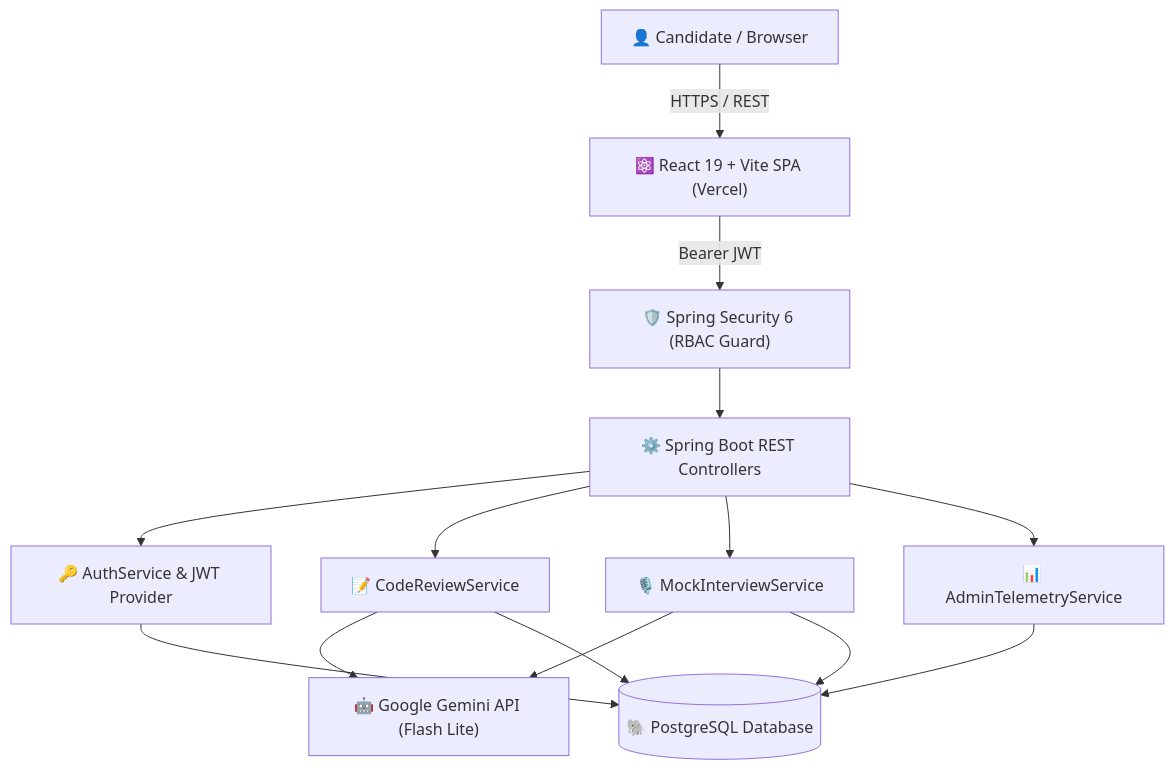
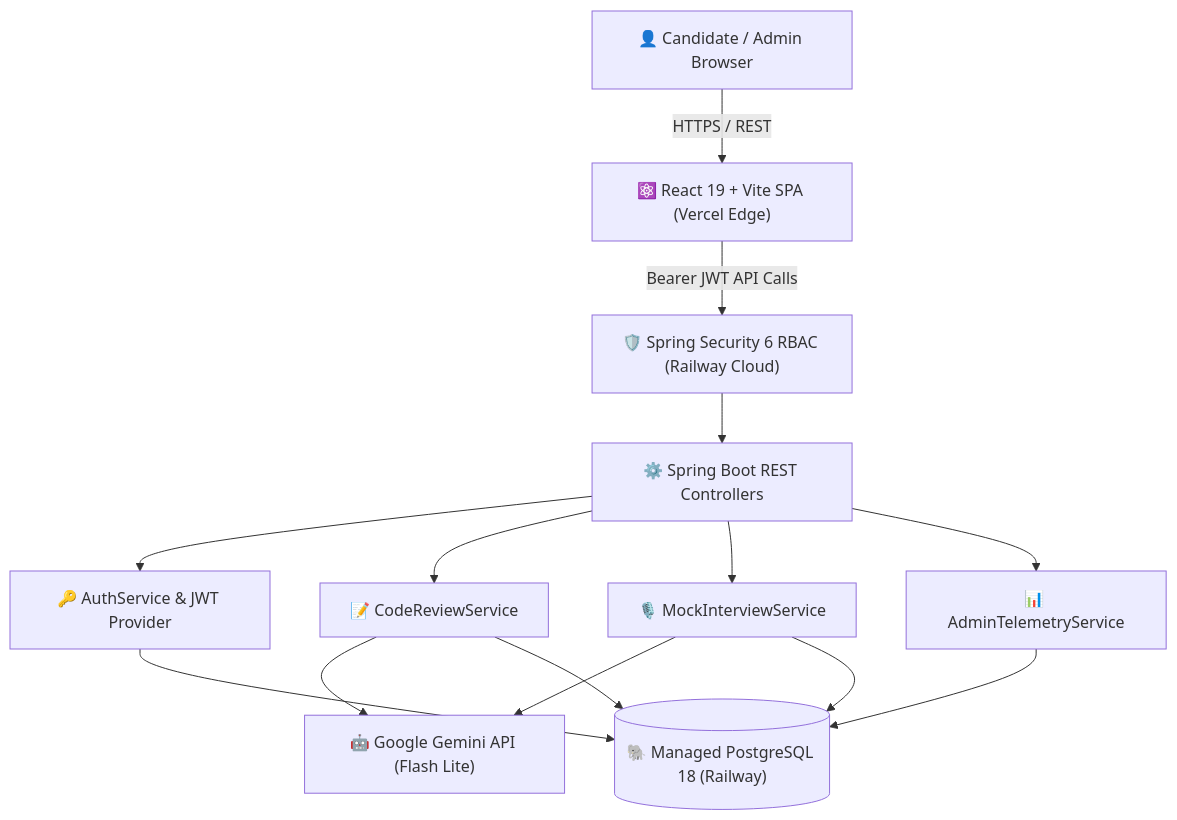
Before and after one commit to niharika-1806/AlgoMock: the diagram in README.md, drawn with Mermaid. The commit also changed other lines of this file, not shown here.

Commit message:
docs: feature live Railway backend and Vercel edge frontend in production architecture

````diff
--- a/README.md
+++ b/README.md
@@ -71,19 +72,19 @@
 ```mermaid
 graph TD
-    User["👤 Candidate / Browser"] -->|HTTPS / REST| Frontend["⚛️ React 19 + Vite SPA (Vercel)"]
-    Frontend -->|Bearer JWT| Gateway["🛡️ Spring Security 6 (RBAC Guard)"]
+    User["👤 Candidate / Admin Browser"] -->|HTTPS / REST| Frontend["⚛️ React 19 + Vite SPA (Vercel Edge)"]
+    Frontend -->|Bearer JWT API Calls| Gateway["🛡️ Spring Security 6 RBAC (Railway Cloud)"]
     Gateway --> Controllers["⚙️ Spring Boot REST Controllers"]
     
     Controllers --> AuthService["🔑 AuthService & JWT Provider"]
     Controllers --> ReviewService["📝 CodeReviewService"]
     Controllers --> InterviewService["🎙️ MockInterviewService"]
     Controllers --> AdminService["📊 AdminTelemetryService"]
     
     ReviewService --> Gemini["🤖 Google Gemini API (Flash Lite)"]
     InterviewService --> Gemini
     
-    ReviewService --> Postgres[("🐘 PostgreSQL Database")]
+    ReviewService --> Postgres[("🐘 Managed PostgreSQL 18 (Railway)")]
     InterviewService --> Postgres
     AdminService --> Postgres
     AuthService --> Postgres
 ```
````
